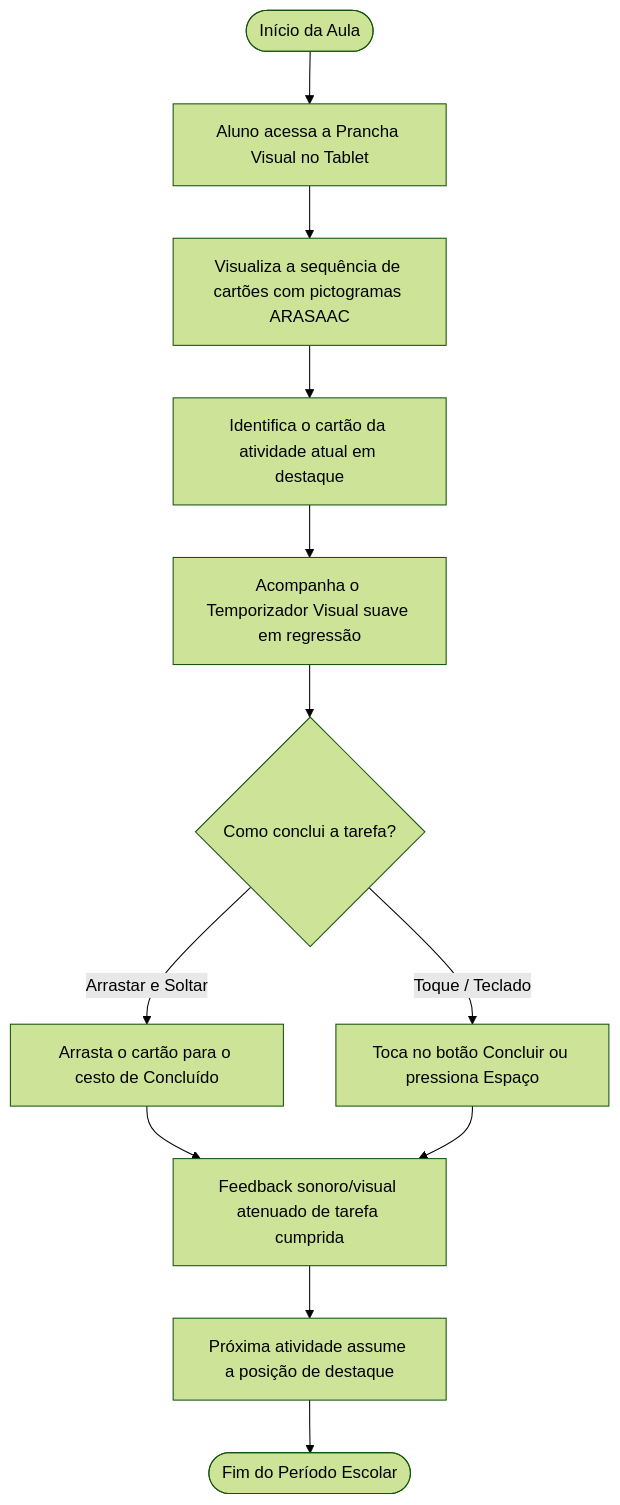
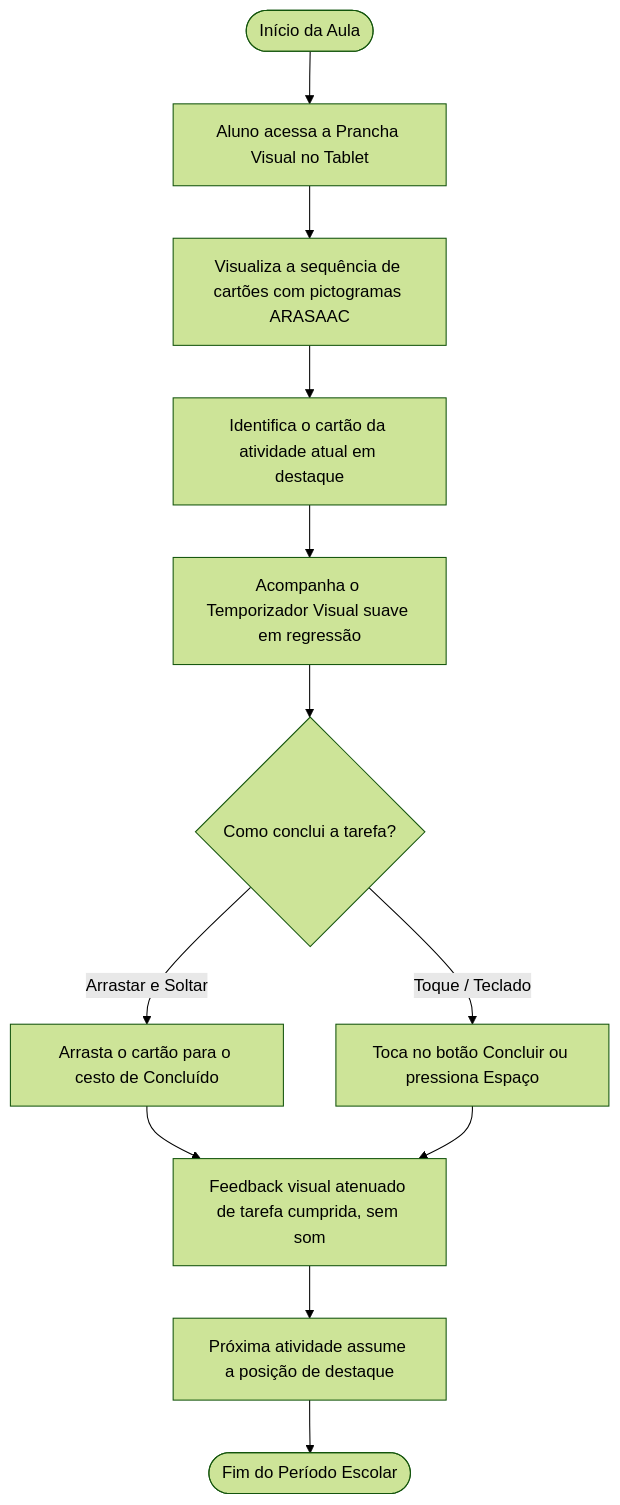
The first of 3 diagrams in PROCESSOS_FLUXOS.md (caiovgn-sudo/RotinaTEA), drawn with Mermaid (forest theme) before and after one commit. The commit also changed other lines of this file and 15 other files, not shown here.

````diff
--- a/PROCESSOS_FLUXOS.md
+++ b/PROCESSOS_FLUXOS.md
@@ -11,14 +11,14 @@
 ```mermaid
 flowchart TD
     Inicio([Início da Aula]) --> Acessar[Aluno acessa a Prancha Visual no Tablet]
     Acessar --> Visualizar[Visualiza a sequência de cartões com pictogramas ARASAAC]
     Visualizar --> Ativa[Identifica o cartão da atividade atual em destaque]
     Ativa --> Tempo[Acompanha o Temporizador Visual suave em regressão]
     Tempo --> Acao{Como conclui a tarefa?}
     Acao -- Arrastar e Soltar --> Drop[Arrasta o cartão para o cesto de Concluído]
     Acao -- Toque / Teclado --> Click[Toca no botão Concluir ou pressiona Espaço]
-    Drop --> Feedback[Feedback sonoro/visual atenuado de tarefa cumprida]
+    Drop --> Feedback[Feedback visual atenuado de tarefa cumprida, sem som]
     Click --> Feedback
     Feedback --> Proxima[Próxima atividade assume a posição de destaque]
     Proxima --> Fim([Fim do Período Escolar])
 ```
````
